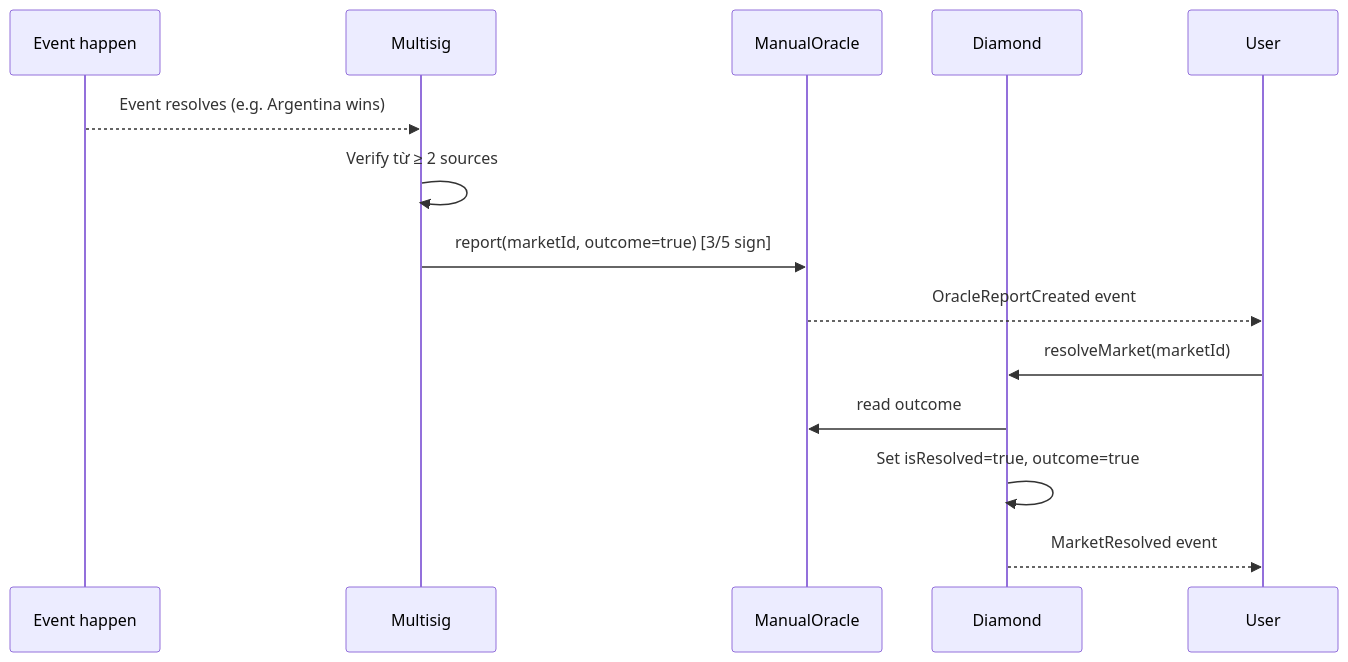
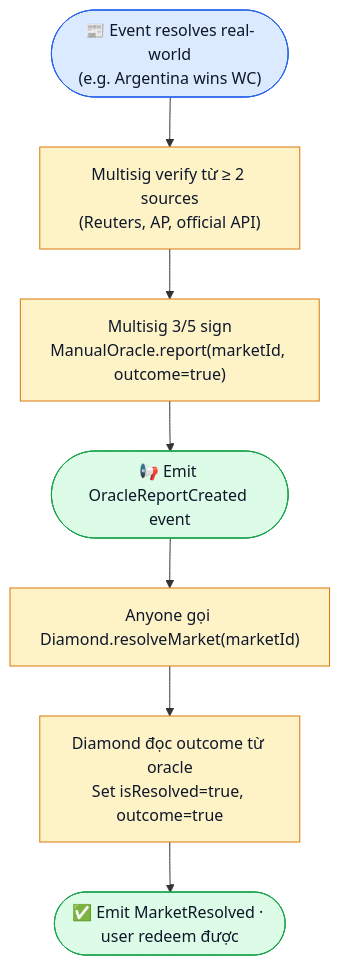
Before and after one commit to PrediX-Protocol/predix-docs: the third of 5 diagrams in vi_v6/giao-thuc/oracle.md, drawn with Mermaid. The commit also changed other lines of this file and 17 other files, not shown here.

First line of the commit message:
docs(vi_v6): convert all 22 sequenceDiagram → flowchart TD (no overlap UX issue)

````diff
--- a/vi_v6/giao-thuc/oracle.md
+++ b/vi_v6/giao-thuc/oracle.md
@@ -80,17 +79,17 @@
 ```mermaid
-sequenceDiagram
-    participant E as Event happen
-    participant Multisig
-    participant Oracle as ManualOracle
-    participant Diamond
-    participant User
+flowchart TD
+    Event(["📰 Event resolves real-world<br/>(e.g. Argentina wins WC)"])
+    Event --> S1["Multisig verify từ ≥ 2 sources<br/>(Reuters, AP, official API)"]
+    S1 --> S2["Multisig 3/5 sign<br/>ManualOracle.report(marketId, outcome=true)"]
+    S2 --> S3(["📢 Emit OracleReportCreated event"])
+    S3 --> S4["Anyone gọi Diamond.resolveMarket(marketId)"]
+    S4 --> S5["Diamond đọc outcome từ oracle<br/>Set isResolved=true, outcome=true"]
+    S5 --> End(["✅ Emit MarketResolved · user redeem được"])
 
-    E-->>Multisig: Event resolves (e.g. Argentina wins)
-    Multisig->>Multisig: Verify từ ≥ 2 sources
-    Multisig->>Oracle: report(marketId, outcome=true) [3/5 sign]
-    Oracle-->>User: OracleReportCreated event
-    User->>Diamond: resolveMarket(marketId)
-    Diamond->>Oracle: read outcome
-    Diamond->>Diamond: Set isResolved=true, outcome=true
-    Diamond-->>User: MarketResolved event
+    classDef event fill:#dbeafe,stroke:#2563eb,color:#0f172a
+    classDef step fill:#fef3c7,stroke:#d97706,color:#0f172a
+    classDef ok fill:#dcfce7,stroke:#16a34a,color:#0f172a
+    class Event event
+    class S1,S2,S4,S5 step
+    class S3,End ok
 ```
````
